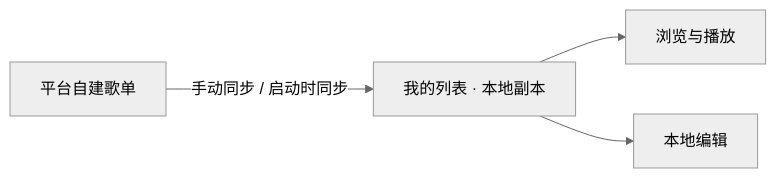
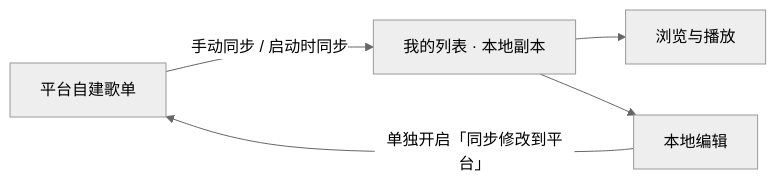
The diagram in README.md (Miao-moe/lx-Miao-moe-music-desktop), drawn with Mermaid (neutral theme) before and after one commit. The commit also changed other lines of this file and 63 other files, not shown here.

````diff
--- a/README.md
+++ b/README.md
@@ -55,6 +58,7 @@
 ```mermaid
 flowchart LR
     A["平台自建歌单"] -->|手动同步 / 启动时同步| B["我的列表 · 本地副本"]
     B --> C["浏览与播放"]
     B --> D["本地编辑"]
+    D -->|单独开启「同步修改到平台」| A
 ```
````
